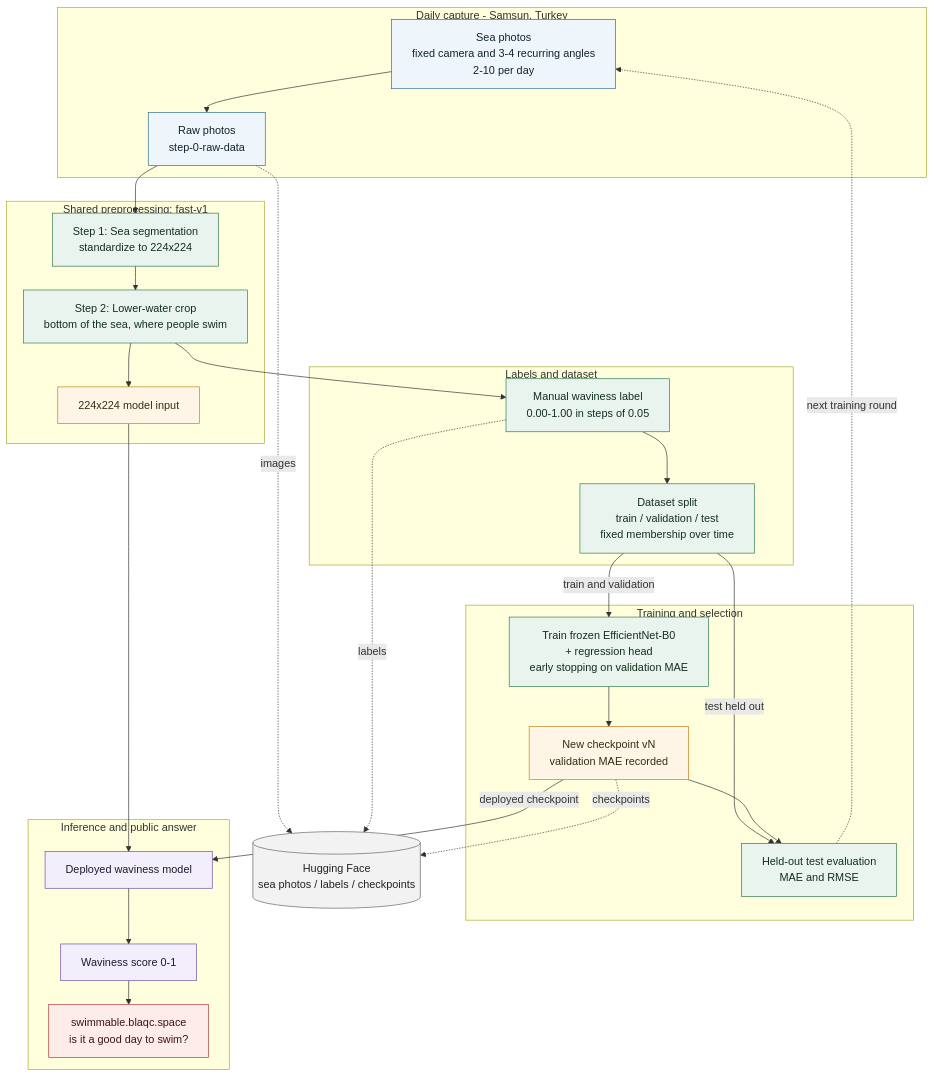
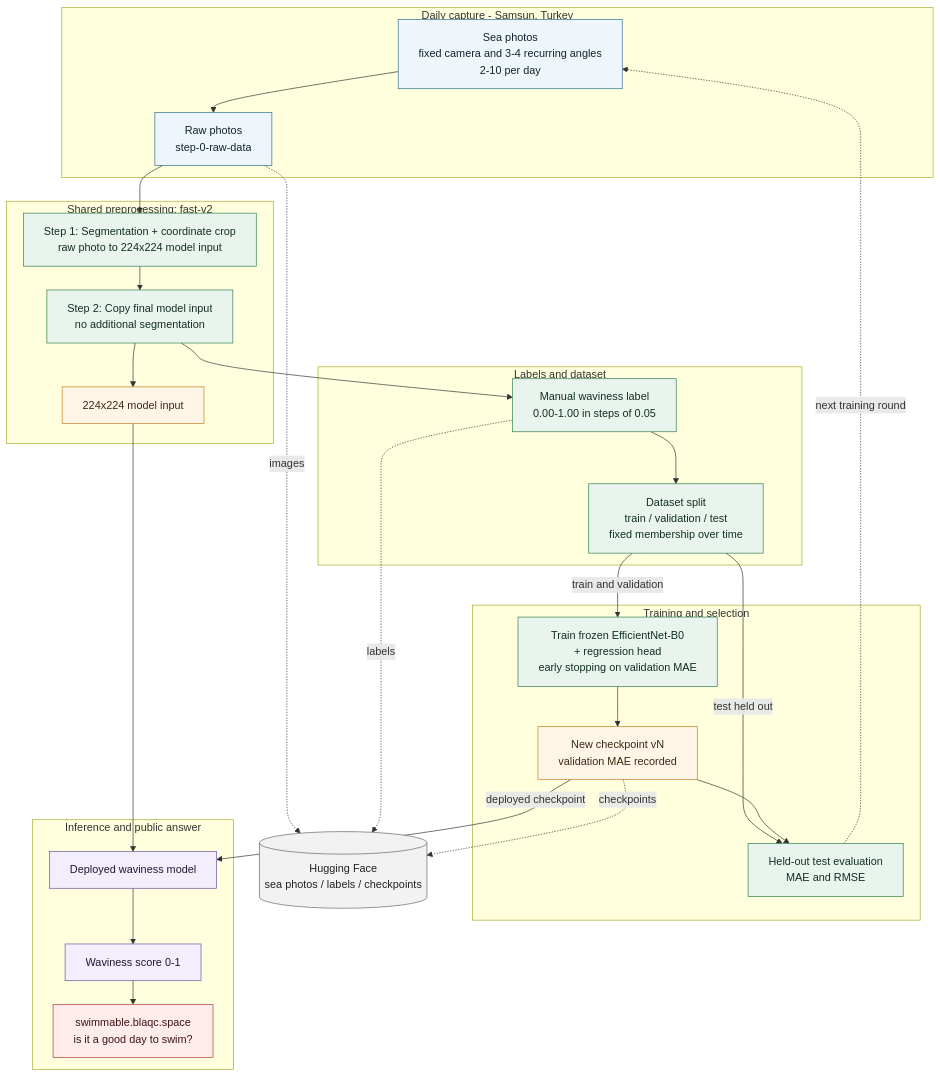
The second of 2 diagrams in documents/pipeline-flow.md (kubilaycaglayan/wave-regression-model), drawn with Mermaid before and after one commit. The commit also changed other lines of this file and 18 other files, not shown here.

Commit message:
feat(fast-v2): adopt coordinate-crop pipeline

````diff
--- a/documents/pipeline-flow.md
+++ b/documents/pipeline-flow.md
@@ -58,62 +58,62 @@
 ```mermaid
 %%{init: {"flowchart": {"nodeSpacing": 30, "rankSpacing": 35, "wrappingWidth": 300}}}%%
 flowchart TD
     subgraph CAPTURE["Daily capture - Samsun, Turkey"]
         PHOTOS["Sea photos<br/>fixed camera and 3-4 recurring angles<br/>2-10 per day"]
         RAW["Raw photos<br/>step-0-raw-data"]
         PHOTOS --> RAW
     end
 
-    subgraph PREP["Shared preprocessing: fast-v1"]
-        SEG1["Step 1: Sea segmentation<br/>standardize to 224x224"]
-        SEG2["Step 2: Lower-water crop<br/>bottom of the sea, where people swim"]
+    subgraph PREP["Shared preprocessing: fast-v2"]
+        SEG1["Step 1: Segmentation + coordinate crop<br/>raw photo to 224x224 model input"]
+        SEG2["Step 2: Copy final model input<br/>no additional segmentation"]
         INPUT["224x224 model input"]
         RAW --> SEG1 --> SEG2 --> INPUT
     end
 
     subgraph DATA["Labels and dataset"]
         LABEL["Manual waviness label<br/>0.00-1.00 in steps of 0.05"]
         SPLIT["Dataset split<br/>train / validation / test<br/>fixed membership over time"]
         SEG2 --> LABEL --> SPLIT
     end
 
     subgraph TRAIN["Training and selection"]
         FIT["Train frozen EfficientNet-B0<br/>+ regression head<br/>early stopping on validation MAE"]
         CKPT["New checkpoint vN<br/>validation MAE recorded"]
         EVAL["Held-out test evaluation<br/>MAE and RMSE"]
         SPLIT -- train and validation --> FIT
         SPLIT -- test held out --> EVAL
         FIT --> CKPT
         CKPT --> EVAL
     end
 
     subgraph SERVE["Inference and public answer"]
         MODEL["Deployed waviness model"]
         SCORE["Waviness score 0-1"]
         SITE["swimmable.blaqc.space<br/>is it a good day to swim?"]
         INPUT --> MODEL
         CKPT -- deployed checkpoint --> MODEL
         MODEL --> SCORE --> SITE
     end
 
     HF[("Hugging Face<br/>sea photos / labels / checkpoints")]
     RAW -. images .-> HF
     LABEL -. labels .-> HF
     CKPT -. checkpoints .-> HF
 
     EVAL -. next training round .-> PHOTOS
 
     classDef capture fill:#eef6fb,stroke:#2b6f91,color:#12232b;
     classDef process fill:#eaf4ee,stroke:#2e7d4f,color:#12301f;
     classDef key fill:#fff5e6,stroke:#c47f17,color:#3a2a12;
     classDef ml fill:#f3eefb,stroke:#6b4fa1,color:#221631;
     classDef result fill:#fdecea,stroke:#b33a3a,color:#3b1515;
     classDef store fill:#f2f2f2,stroke:#666666,color:#222222;
 
     class PHOTOS,RAW capture;
     class SEG1,SEG2,LABEL,SPLIT,FIT,EVAL process;
     class INPUT,CKPT key;
     class MODEL,SCORE ml;
     class SITE result;
     class HF store;
 ```
````
